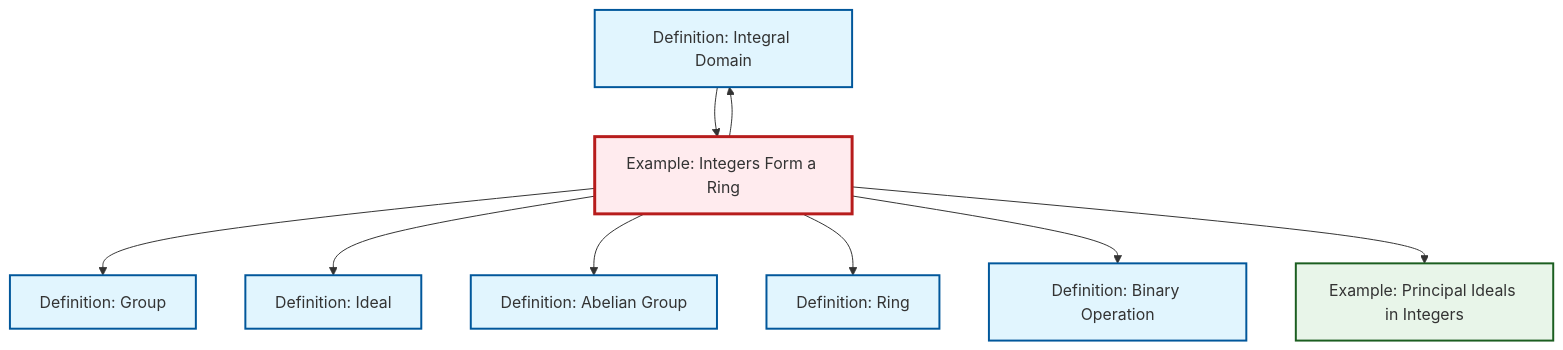
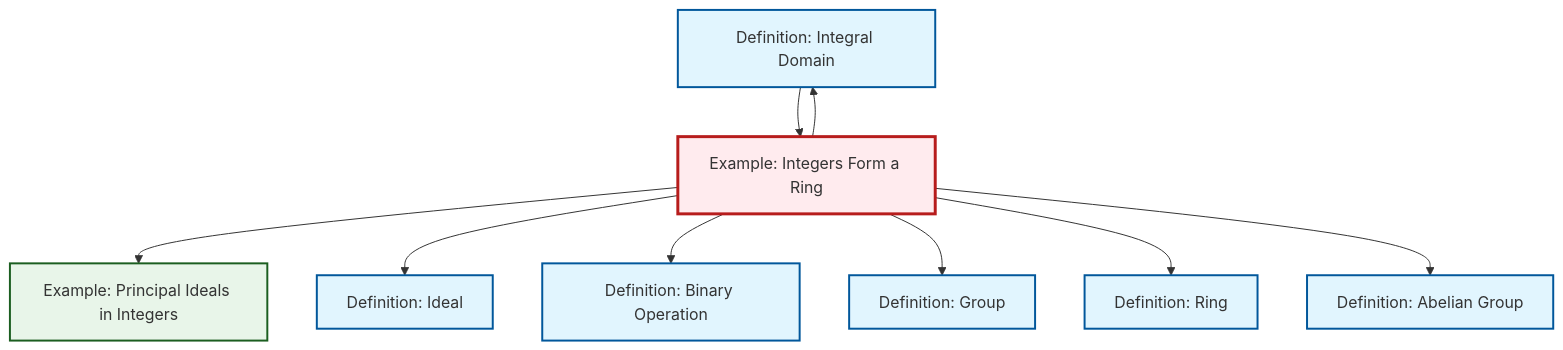
The diagram in content/en/algebra/ex-integers-ring.qmd (RK0429/ModernMath), drawn with Mermaid before and after one commit. The commit also changed other lines of this file and 634 other files, not shown here.

First line of the commit message:
feat: Add prime ideal definition with comprehensive cross-references

````diff
--- a/content/en/algebra/ex-integers-ring.qmd
+++ b/content/en/algebra/ex-integers-ring.qmd
@@ -65,33 +65,33 @@
 ```{mermaid}
 %%| fig-cap: "Local dependency graph"
 graph TD
     classDef definition fill:#e1f5fe,stroke:#01579b,stroke-width:2px
     classDef theorem fill:#f3e5f5,stroke:#4a148c,stroke-width:2px
     classDef axiom fill:#fff3e0,stroke:#e65100,stroke-width:2px
     classDef example fill:#e8f5e9,stroke:#1b5e20,stroke-width:2px
     classDef current fill:#ffebee,stroke:#b71c1c,stroke-width:3px
+    def-group["Definition: Group"]:::definition
+    def-abelian-group["Definition: Abelian Group"]:::definition
     def-binary-operation["Definition: Binary Operation"]:::definition
-    def-abelian-group["Definition: Abelian Group"]:::definition
+    def-ring["Definition: Ring"]:::definition
+    ex-principal-ideal["Example: Principal Ideals in Integers"]:::example
     def-integral-domain["Definition: Integral Domain"]:::definition
-    def-group["Definition: Group"]:::definition
     ex-integers-ring["Example: Integers Form a Ring"]:::example
     def-ideal["Definition: Ideal"]:::definition
-    ex-principal-ideal["Example: Principal Ideals in Integers"]:::example
-    def-ring["Definition: Ring"]:::definition
+    ex-integers-ring --> def-integral-domain
+    ex-integers-ring --> ex-principal-ideal
+    ex-integers-ring --> def-ideal
+    ex-integers-ring --> def-binary-operation
+    def-integral-domain --> ex-integers-ring
     ex-integers-ring --> def-group
-    ex-integers-ring --> def-ideal
+    ex-integers-ring --> def-ring
     ex-integers-ring --> def-abelian-group
-    ex-integers-ring --> def-ring
-    ex-integers-ring --> def-binary-operation
-    ex-integers-ring --> def-integral-domain
-    def-integral-domain --> ex-integers-ring
-    ex-integers-ring --> ex-principal-ideal
     class ex-integers-ring current
+    click def-group "def-group.html" "Go to Group definition"
+    click def-abelian-group "def-abelian-group.html" "Go to Abelian Group definition"
     click def-binary-operation "def-binary-operation.html" "Go to Binary Operation definition"
-    click def-abelian-group "def-abelian-group.html" "Go to Abelian Group definition"
+    click def-ring "def-ring.html" "Go to Ring definition"
+    click ex-principal-ideal "ex-principal-ideal.html" "Go to Principal Ideals in Integers example"
     click def-integral-domain "def-integral-domain.html" "Go to Integral Domain definition"
-    click def-group "def-group.html" "Go to Group definition"
     click def-ideal "def-ideal.html" "Go to Ideal definition"
-    click ex-principal-ideal "ex-principal-ideal.html" "Go to Principal Ideals in Integers example"
-    click def-ring "def-ring.html" "Go to Ring definition"
 ```
````
